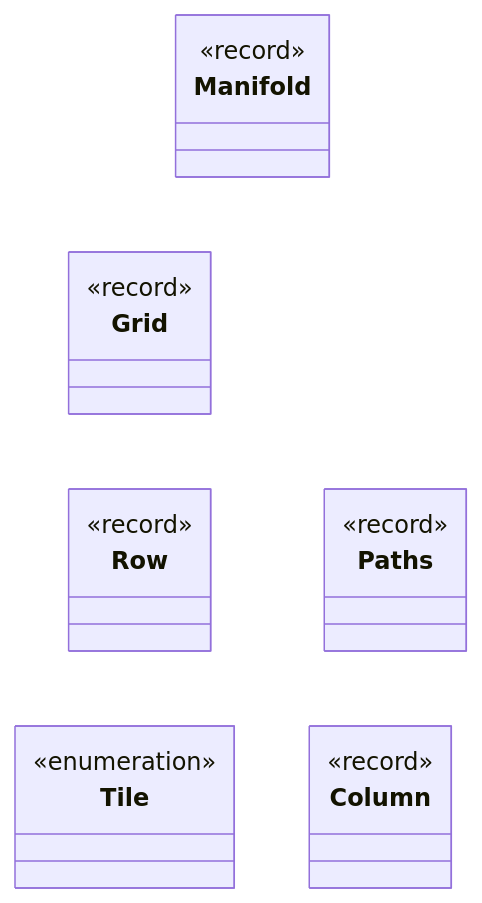
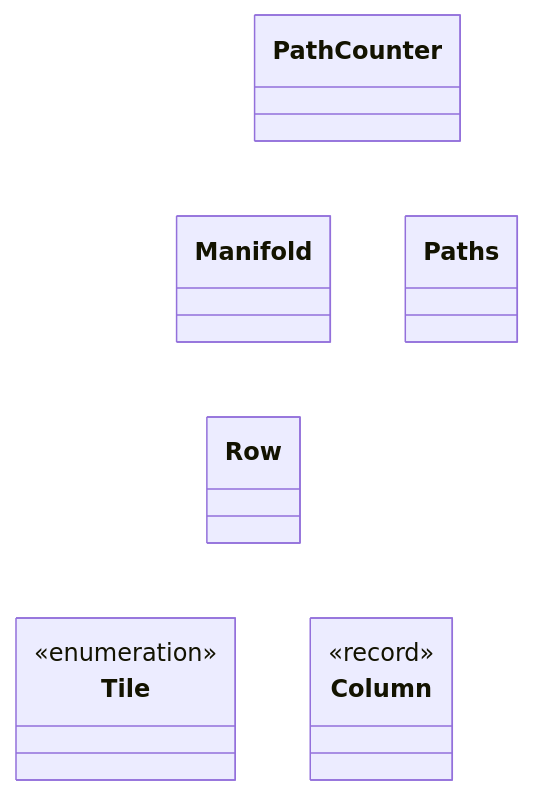
Before and after one commit to lauraheerrera/aoc2025: the diagram in UML diagrams/uml_day07b.md, drawn with Mermaid. The commit also changed 91 other files, not shown here.

````diff
--- a/UML diagrams/uml_day07b.md
+++ b/UML diagrams/uml_day07b.md
@@ -3,29 +3,24 @@
 ```mermaid
+%%{init: { 'themeVariables': { 'lineColor': '#FFFFFF' } } }%%
 %%{init: { 'themeVariables': { 'lineColor': '#FFFFFF' } } }%%
 classDiagram
     direction TB
-    class Manifold {
-        <<record>>
-    }
-    class Grid {
-        <<record>>
-    }
-    class Row {
-        <<record>>
-    }
+    
+    class Manifold
+    class Row
     class Tile {
         <<enumeration>>
     }
     class Column {
         <<record>>
     }
-    class Paths {
-        <<record>>
-    }
-    Manifold --> Grid
-    Grid --> Row
+    class Paths
+    class PathCounter
+
+    PathCounter --> Manifold
+    Manifold --> Row
     Row --> Tile
-    Row --> Column
-    Manifold --> Paths
-    Paths --> Column
+    Row ..> Column
+    
+    PathCounter ..> Paths
 ```
````
